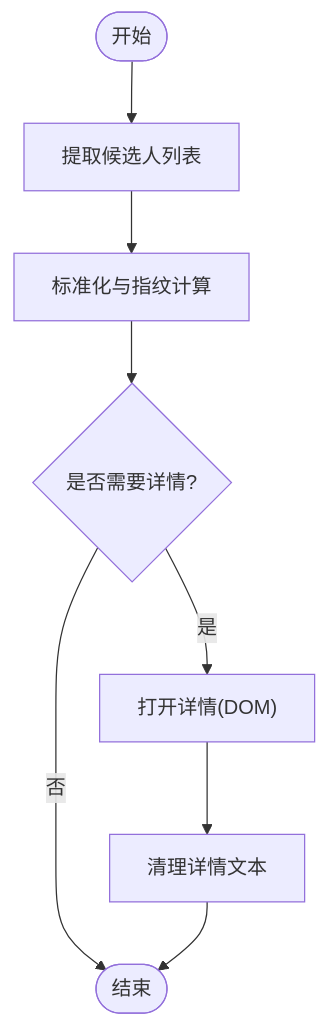
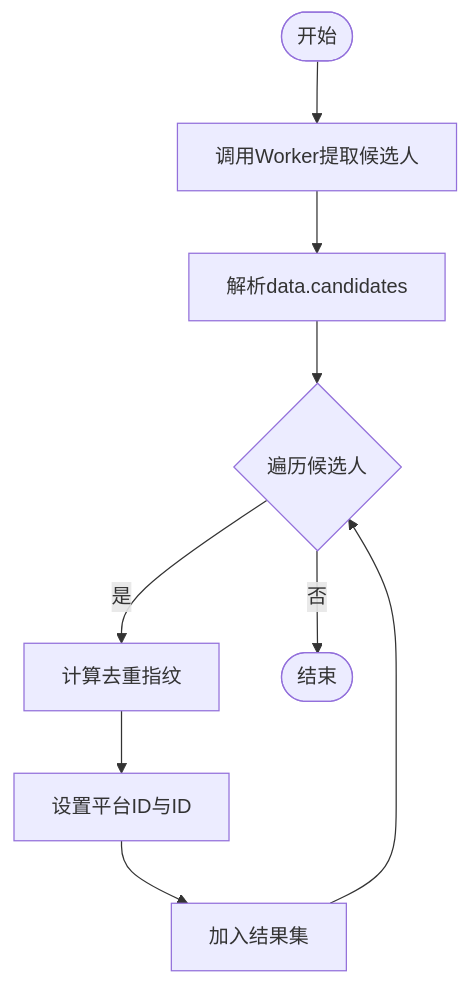
The third of 7 diagrams in .qoder/repowiki/zh/content/本地执行器/平台适配器/智联招聘适配器/候选人处理.md (alvinwangzi/goodhr), drawn with Mermaid before and after one commit. The commit also changed other lines of this file and 149 other files, not shown here.

````diff
--- a/.qoder/repowiki/zh/content/本地执行器/平台适配器/智联招聘适配器/候选人处理.md
+++ b/.qoder/repowiki/zh/content/本地执行器/平台适配器/智联招聘适配器/候选人处理.md
@@ -145,10 +149,11 @@
 ```mermaid
 flowchart TD
-Start(["开始"]) --> Extract["提取候选人列表"]
-Extract --> Normalize["标准化与指纹计算"]
-Normalize --> Detail{"是否需要详情?"}
-Detail --> |是| FetchDetail["打开详情(DOM)"]
-Detail --> |否| Done(["结束"])
-FetchDetail --> Clean["清理详情文本"]
-Clean --> Done
+Start(["开始"]) --> CallAPI["调用Worker提取候选人"]
+CallAPI --> Parse["解析data.candidates"]
+Parse --> Loop{"遍历候选人"}
+Loop --> |是| Fingerprint["计算去重指纹"]
+Fingerprint --> SetID["设置平台ID与ID"]
+SetID --> Append["加入结果集"]
+Append --> Loop
+Loop --> |否| Done(["结束"])
 ```
````
